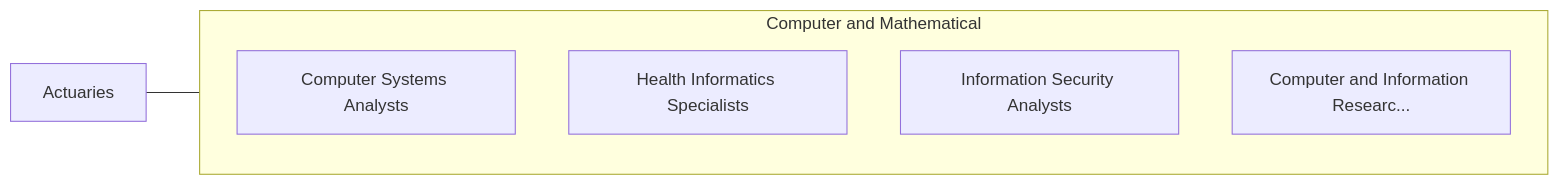
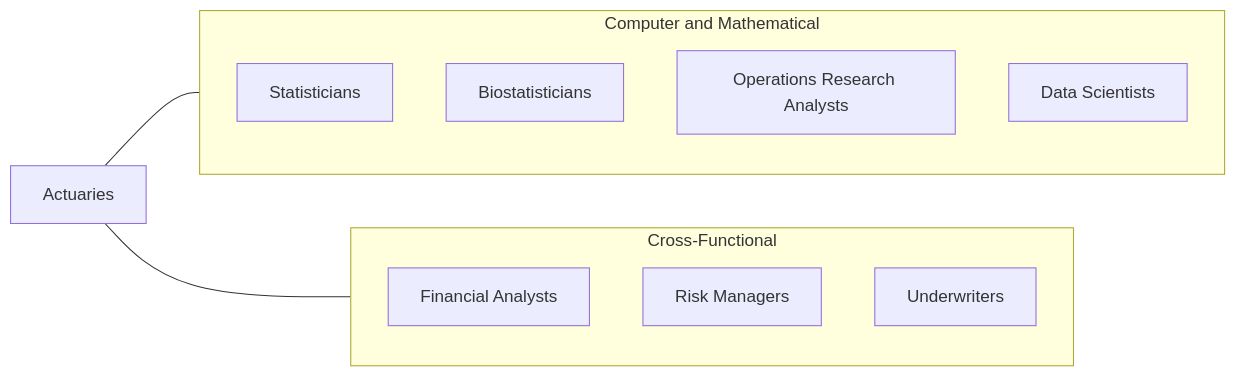
Before and after one commit to kziemski/business.org.ai: the third of 4 diagrams in occupations/Technology/Actuaries.mdx, drawn with Mermaid. The commit also changed other lines of this file and 938 other files, not shown here.

````diff
--- a/occupations/Technology/Actuaries.mdx
+++ b/occupations/Technology/Actuaries.mdx
@@ -112,13 +185,20 @@
 ```mermaid
 graph LR
     Current["Actuaries"]
 
     subgraph SameCategory["Computer and Mathematical"]
-        ComputerSystemsAnaly["Computer Systems Analysts"]
-        HealthInformaticsSpe["Health Informatics Specialists"]
-        InformationSecurityA["Information Security Analysts"]
-        ComputerAndInformati["Computer and Information Researc..."]
+        Stat["Statisticians"]
+        Biostat["Biostatisticians"]
+        ORA["Operations Research Analysts"]
+        DS["Data Scientists"]
+    end
+
+    subgraph CrossFunctional["Cross-Functional"]
+        FA["Financial Analysts"]
+        RM["Risk Managers"]
+        UW["Underwriters"]
     end
 
     Current --- SameCategory
+    Current --- CrossFunctional
 ```
````
